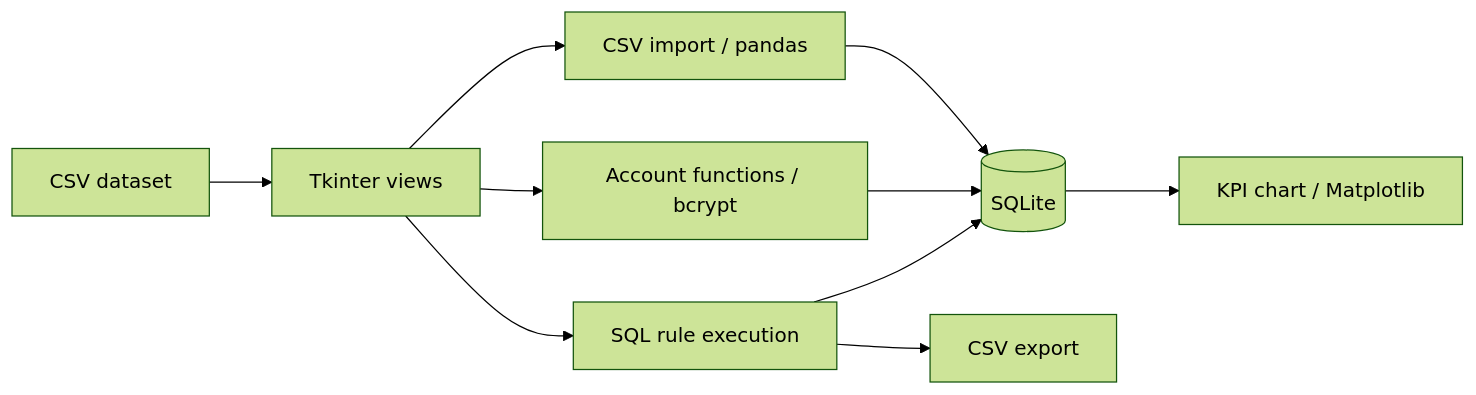
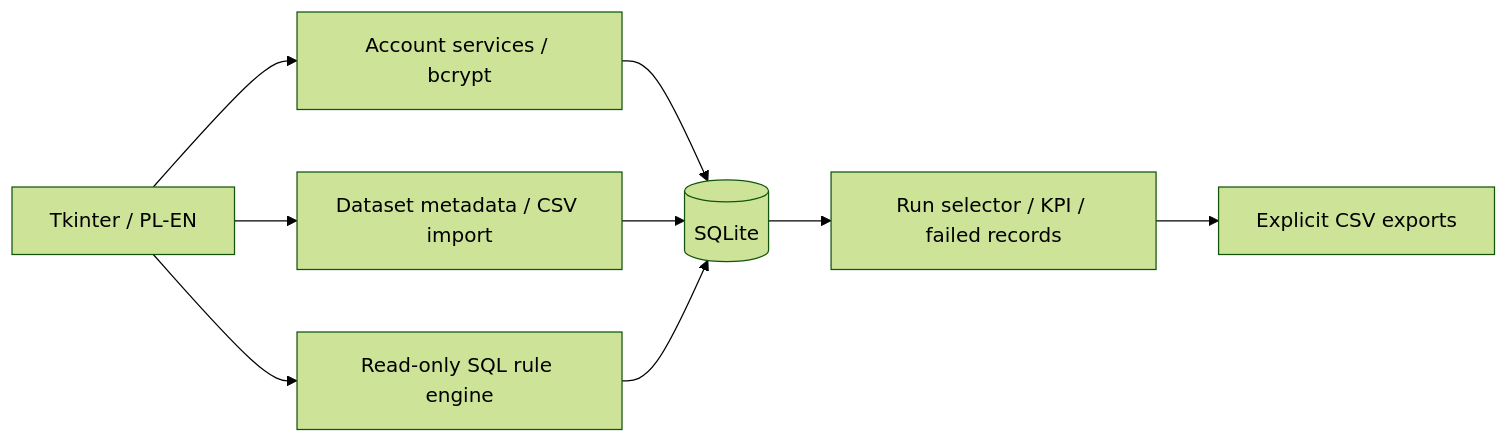
One commit to alan-przybylski/python_DQ_Application changed the diagram in docs/ARCHITECTURE.md. Above: the diagram before and after it, drawn with Mermaid (forest theme). The commit also changed other lines of this file and 44 other files, not shown here.

Commit message:
Add bilingual workspace, atomic dataset imports and linked DQ run history

````diff
--- a/docs/ARCHITECTURE.md
+++ b/docs/ARCHITECTURE.md
@@ -7,12 +6,11 @@
 ```mermaid
 flowchart LR
-    CSV[CSV dataset] --> UI[Tkinter views]
-    UI --> IMPORT[CSV import / pandas]
-    UI --> AUTH[Account functions / bcrypt]
-    UI --> SQL[SQL rule execution]
-    IMPORT --> DB[(SQLite)]
-    AUTH --> DB
-    SQL --> DB
-    DB --> CHART[KPI chart / Matplotlib]
-    SQL --> EXPORT[CSV export]
+    UI[Tkinter / PL-EN] --> A[Account services / bcrypt]
+    UI --> I[Dataset metadata / CSV import]
+    UI --> R[Read-only SQL rule engine]
+    A --> DB[(SQLite)]
+    I --> DB
+    R --> DB
+    DB --> V[Run selector / KPI / failed records]
+    V --> E[Explicit CSV exports]
 ```
````
